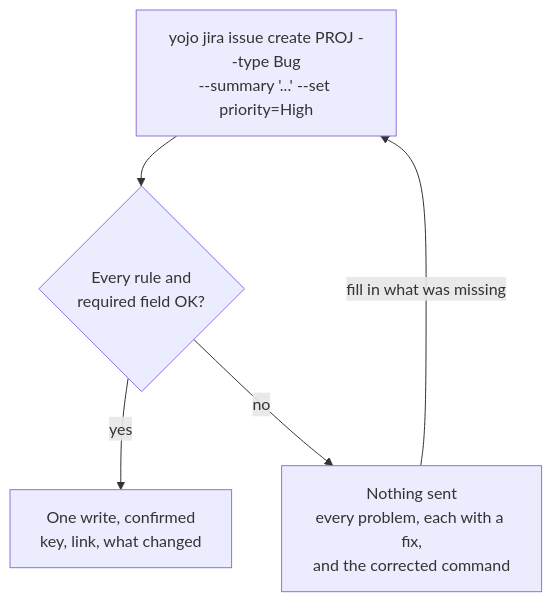
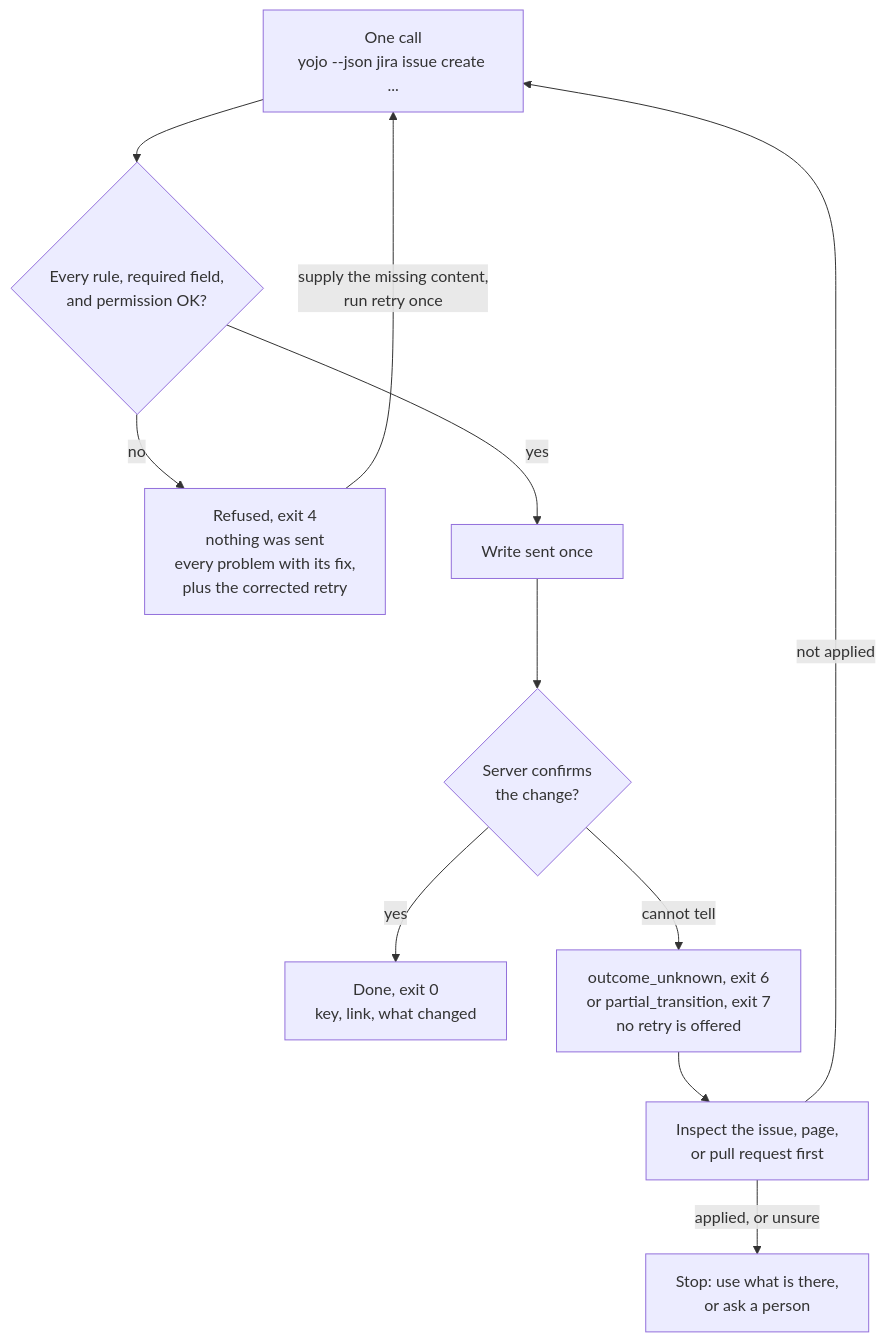
One commit to calvinware/atlass-cli changed the first of 3 diagrams in docs/index.md. Above: the diagram before and after it, drawn with Mermaid. The commit also changed other lines of this file and 28 other files, not shown here.

````diff
--- a/docs/index.md
+++ b/docs/index.md
@@ -23,7 +40,13 @@
 ```mermaid
 flowchart TD
-    Call["yojo jira issue create PROJ --type Bug<br/>--summary '...' --set priority=High"] --> Check{"Every rule and<br/>required field OK?"}
-    Check -->|yes| Write["One write, confirmed<br/>key, link, what changed"]
-    Check -->|no| Refuse["Nothing sent<br/>every problem, each with a fix,<br/>and the corrected command"]
-    Refuse -->|"fill in what was missing"| Call
+    Call["One call<br/>yojo --json jira issue create ..."] --> Check{"Every rule, required field,<br/>and permission OK?"}
+    Check -->|"no"| Refused["Refused, exit 4<br/>nothing was sent<br/>every problem with its fix,<br/>plus the corrected retry"]
+    Refused -->|"supply the missing content,<br/>run retry once"| Call
+    Check -->|"yes"| Write["Write sent once"]
+    Write --> Confirm{"Server confirms<br/>the change?"}
+    Confirm -->|"yes"| Done["Done, exit 0<br/>key, link, what changed"]
+    Confirm -->|"cannot tell"| Unknown["outcome_unknown, exit 6<br/>or partial_transition, exit 7<br/>no retry is offered"]
+    Unknown --> Inspect["Inspect the issue, page,<br/>or pull request first"]
+    Inspect -->|"not applied"| Call
+    Inspect -->|"applied, or unsure"| Stop["Stop: use what is there,<br/>or ask a person"]
 ```
````
